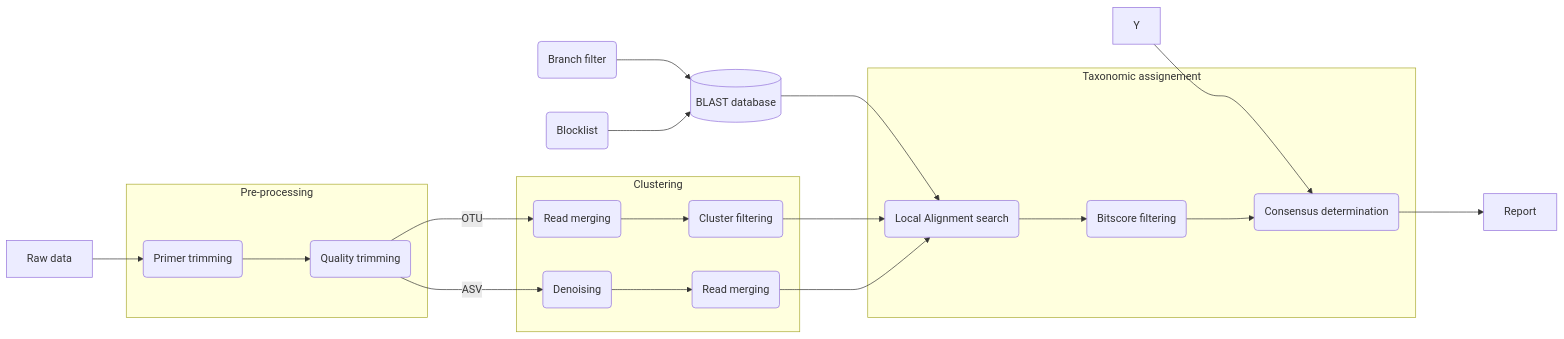
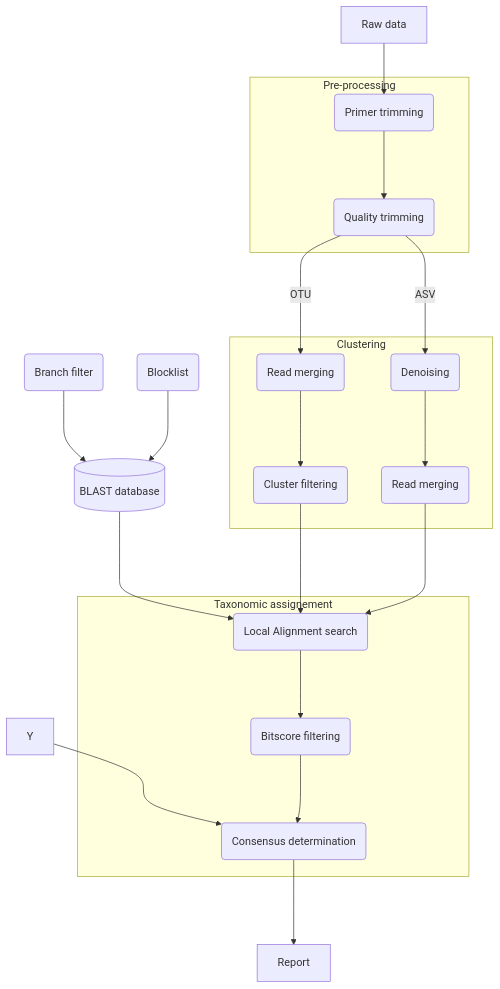
One commit to CVUA-RRW/FooDMe changed the diagram in docs/userguide/overview.md. Above: the diagram before and after it, drawn with Mermaid.

````diff
--- a/docs/userguide/overview.md
+++ b/docs/userguide/overview.md
@@ -109,24 +109,24 @@
 ```mermaid
-flowchart LR
+flowchart TD
     A[Raw data] --> B(Primer trimming)
     subgraph Pre-processing
     B ---> C(Quality trimming)
     end
     C --->|OTU| D1(Read merging)
     C --->|ASV| D2(Denoising)
     subgraph Clustering
     D1 ---> E1(Cluster filtering)
     D2  ---> E2(Read merging)
     end
     Z1(Branch filter) ---> Z0[(BLAST database)]
     Z2(Blocklist) ---> Z0
     Z0 ---> F(Local Alignment search)
     E1 ---> F
     E2 ---> F
     Y ---> H(Consensus determination)
     subgraph Taxonomic assignement
     F ---> G(Bitscore filtering)
     G ---> H
     end
     H ---> I[Report]
 ```
````
